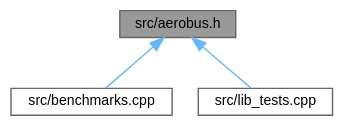
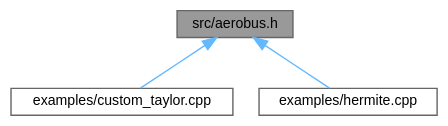
One commit to aerobus-open-source/aerobus changed the diagram in docs/aerobus_8h__dep__incl.dot. Above: the diagram before and after it, drawn with Graphviz. The commit also changed 4059 other files, not shown here.

```diff
--- a/docs/aerobus_8h__dep__incl.dot
+++ b/docs/aerobus_8h__dep__incl.dot
@@ -1,12 +1,12 @@
 digraph "src/aerobus.h"
 {
  // LATEX_PDF_SIZE
   bgcolor="transparent";
   edge [fontname=Helvetica,fontsize=10,labelfontname=Helvetica,labelfontsize=10];
   node [fontname=Helvetica,fontsize=10,shape=box,height=0.2,width=0.4];
   Node1 [id="Node000001",label="src/aerobus.h",height=0.2,width=0.4,color="gray40", fillcolor="grey60", style="filled", fontcolor="black",tooltip=" "];
   Node1 -> Node2 [id="edge1_Node000001_Node000002",dir="back",color="steelblue1",style="solid",tooltip=" "];
-  Node2 [id="Node000002",label="src/benchmarks.cpp",height=0.2,width=0.4,color="grey40", fillcolor="white", style="filled",URL="$benchmarks_8cpp.html",tooltip=" "];
+  Node2 [id="Node000002",label="examples/custom_taylor.cpp",height=0.2,width=0.4,color="grey40", fillcolor="white", style="filled",URL="$custom__taylor_8cpp.html",tooltip=" "];
   Node1 -> Node3 [id="edge2_Node000001_Node000003",dir="back",color="steelblue1",style="solid",tooltip=" "];
-  Node3 [id="Node000003",label="src/lib_tests.cpp",height=0.2,width=0.4,color="grey40", fillcolor="white", style="filled",URL="$lib__tests_8cpp.html",tooltip=" "];
+  Node3 [id="Node000003",label="examples/hermite.cpp",height=0.2,width=0.4,color="grey40", fillcolor="white", style="filled",URL="$hermite_8cpp.html",tooltip=" "];
 }
```
